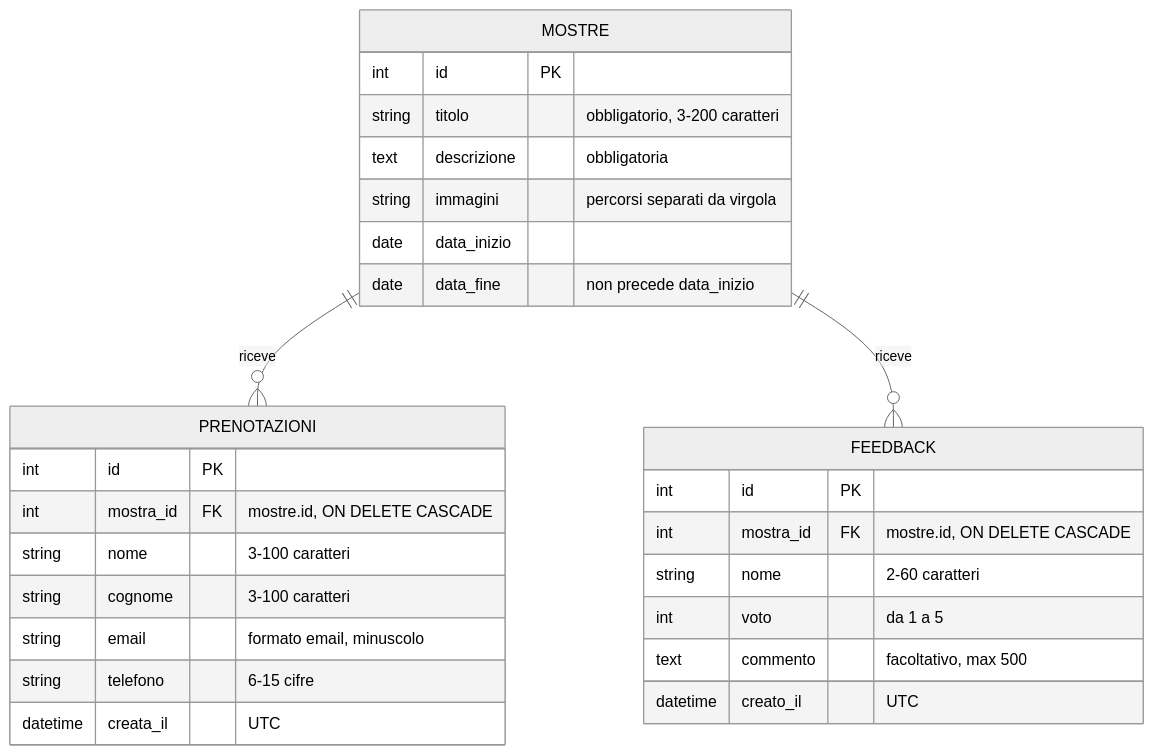
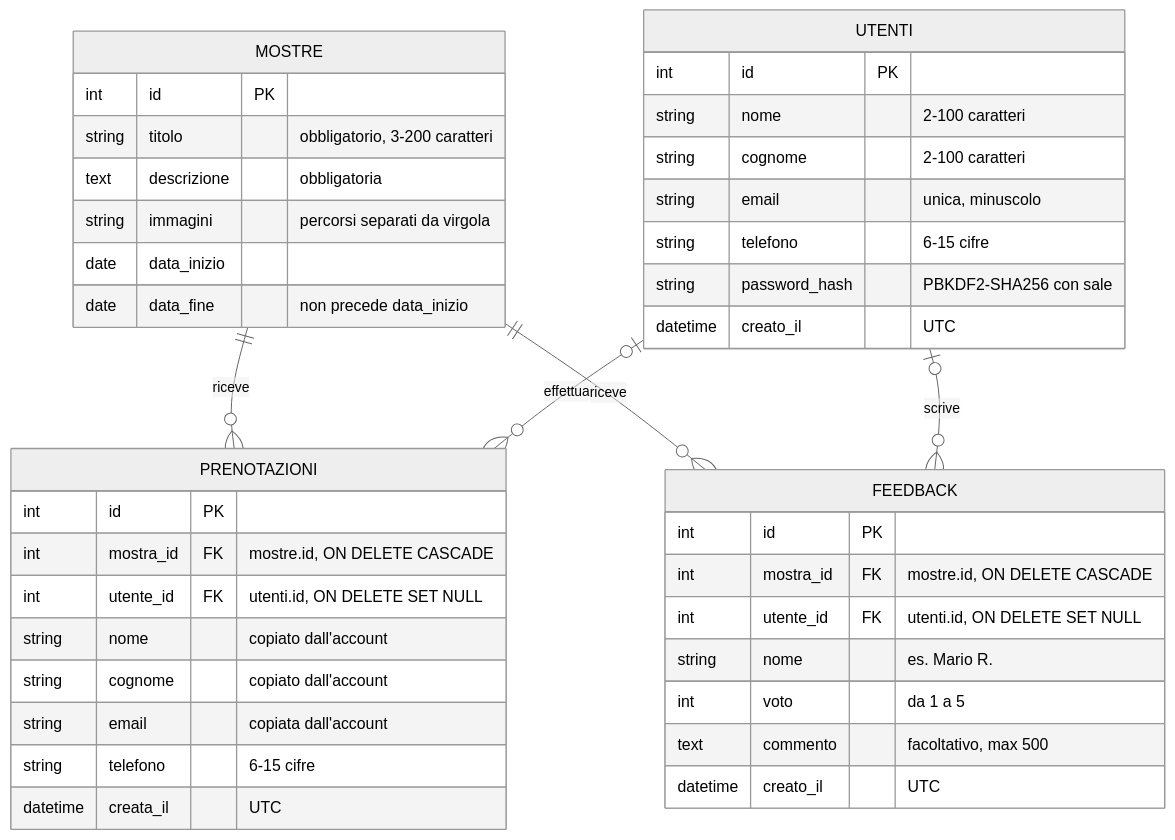
One commit to reverserob/museo-digitale-pw changed the fourth of 8 diagrams in DOCUMENTATION.md. Above: the diagram before and after it, drawn with Mermaid (neutral theme). The commit also changed other lines of this file and 42 other files, not shown here.

````diff
--- a/DOCUMENTATION.md
+++ b/DOCUMENTATION.md
@@ -221,31 +224,45 @@
 ```mermaid
 erDiagram
     MOSTRE ||--o{ PRENOTAZIONI : "riceve"
     MOSTRE ||--o{ FEEDBACK : "riceve"
+    UTENTI |o--o{ PRENOTAZIONI : "effettua"
+    UTENTI |o--o{ FEEDBACK : "scrive"
+
+    UTENTI {
+        int id PK
+        string nome "2-100 caratteri"
+        string cognome "2-100 caratteri"
+        string email "unica, minuscolo"
+        string telefono "6-15 cifre"
+        string password_hash "PBKDF2-SHA256 con sale"
+        datetime creato_il "UTC"
+    }
 
     MOSTRE {
         int id PK
         string titolo "obbligatorio, 3-200 caratteri"
         text descrizione "obbligatoria"
         string immagini "percorsi separati da virgola"
         date data_inizio
         date data_fine "non precede data_inizio"
     }
     PRENOTAZIONI {
         int id PK
         int mostra_id FK "mostre.id, ON DELETE CASCADE"
-        string nome "3-100 caratteri"
-        string cognome "3-100 caratteri"
-        string email "formato email, minuscolo"
+        int utente_id FK "utenti.id, ON DELETE SET NULL"
+        string nome "copiato dall'account"
+        string cognome "copiato dall'account"
+        string email "copiata dall'account"
         string telefono "6-15 cifre"
         datetime creata_il "UTC"
     }
     FEEDBACK {
         int id PK
         int mostra_id FK "mostre.id, ON DELETE CASCADE"
-        string nome "2-60 caratteri"
+        int utente_id FK "utenti.id, ON DELETE SET NULL"
+        string nome "es. Mario R."
         int voto "da 1 a 5"
         text commento "facoltativo, max 500"
         datetime creato_il "UTC"
     }
 ```
````
